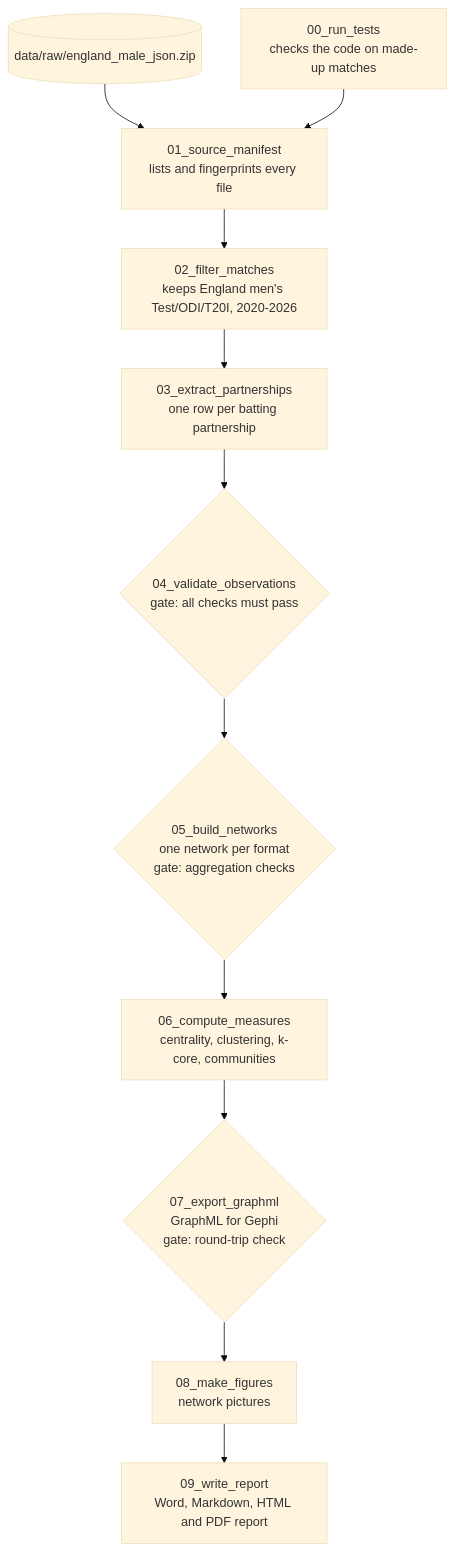
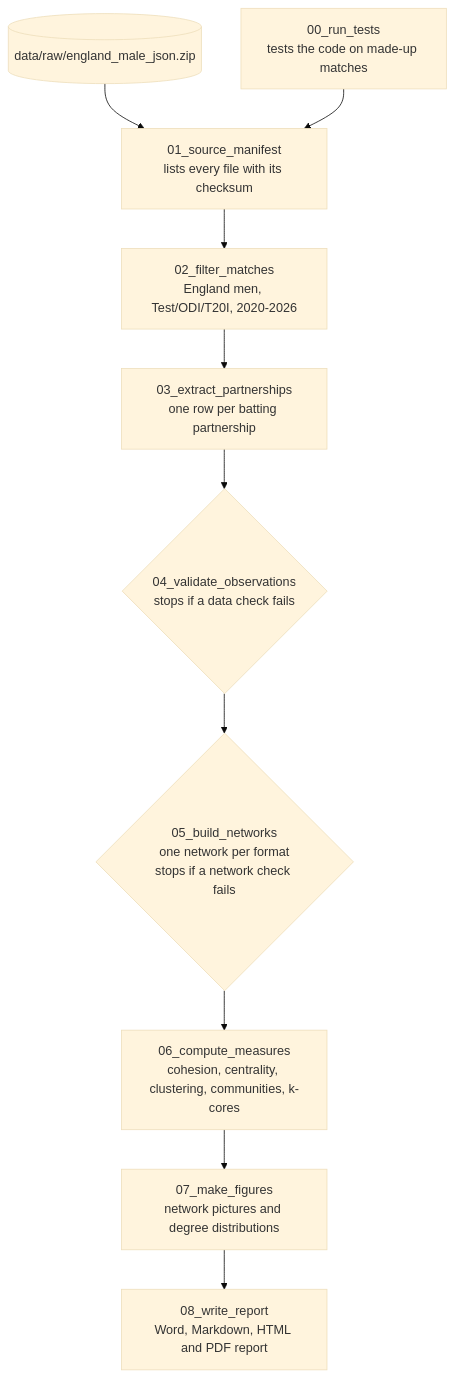
The diagram in EXECUTION_SEQUENCE.md (Rizwan-Roshan/england-batting-partnership-network), drawn with Mermaid (base theme) before and after one commit. The commit also changed other lines of this file and 3 other files, not shown here.

Commit message:
Update README, execution sequence and methods notes for the final layout

````diff
--- a/EXECUTION_SEQUENCE.md
+++ b/EXECUTION_SEQUENCE.md
@@ -17,14 +18,13 @@
 ```mermaid
 flowchart TD
     RAW[(data/raw/england_male_json.zip)] --> S1
-    S0[00_run_tests<br/>checks the code on made-up matches] --> S1
-    S1[01_source_manifest<br/>lists and fingerprints every file] --> S2
-    S2[02_filter_matches<br/>keeps England men's Test/ODI/T20I, 2020-2026] --> S3
+    S0[00_run_tests<br/>tests the code on made-up matches] --> S1
+    S1[01_source_manifest<br/>lists every file with its checksum] --> S2
+    S2[02_filter_matches<br/>England men, Test/ODI/T20I, 2020-2026] --> S3
     S3[03_extract_partnerships<br/>one row per batting partnership] --> S4
-    S4{04_validate_observations<br/>gate: all checks must pass} --> S5
-    S5{05_build_networks<br/>one network per format<br/>gate: aggregation checks} --> S6
-    S6[06_compute_measures<br/>centrality, clustering, k-core, communities] --> S7
-    S7{07_export_graphml<br/>GraphML for Gephi<br/>gate: round-trip check} --> S8
-    S8[08_make_figures<br/>network pictures] --> S9
-    S9[09_write_report<br/>Word, Markdown, HTML and PDF report]
+    S4{04_validate_observations<br/>stops if a data check fails} --> S5
+    S5{05_build_networks<br/>one network per format<br/>stops if a network check fails} --> S6
+    S6[06_compute_measures<br/>cohesion, centrality, clustering, communities, k-cores] --> S7
+    S7[07_make_figures<br/>network pictures and degree distributions] --> S8
+    S8[08_write_report<br/>Word, Markdown, HTML and PDF report]
 ```
````
